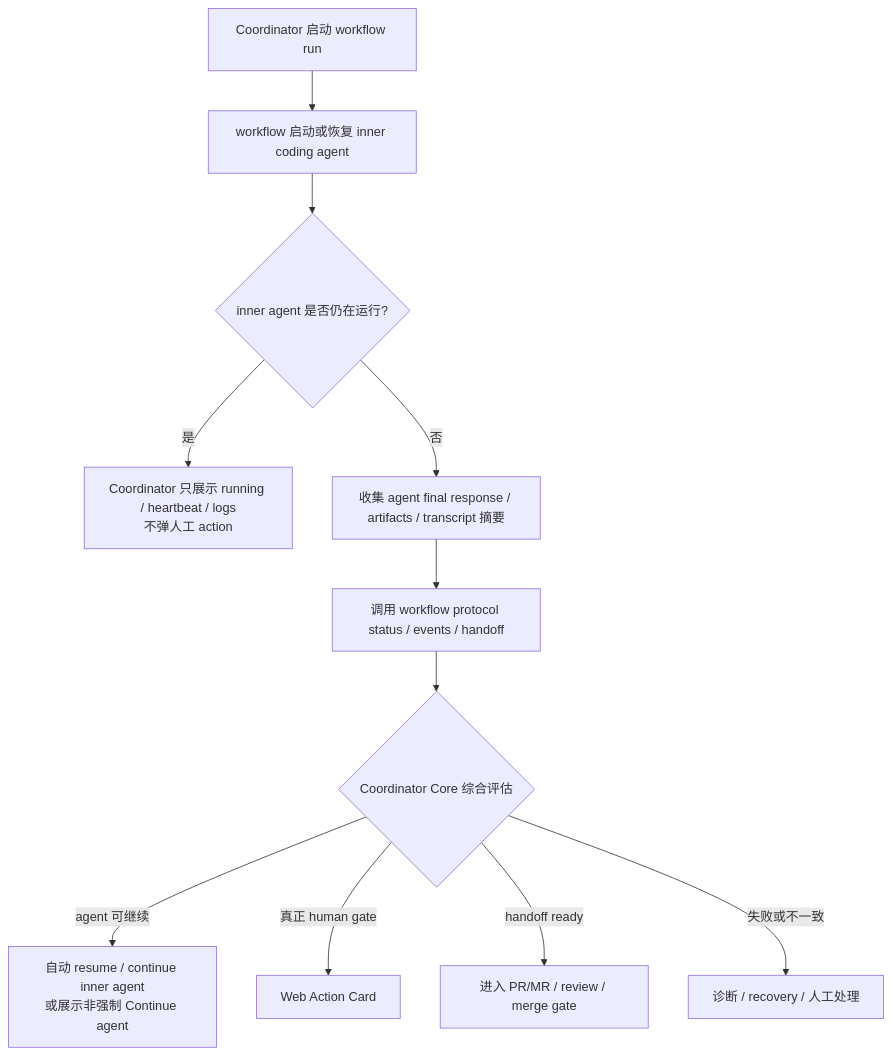
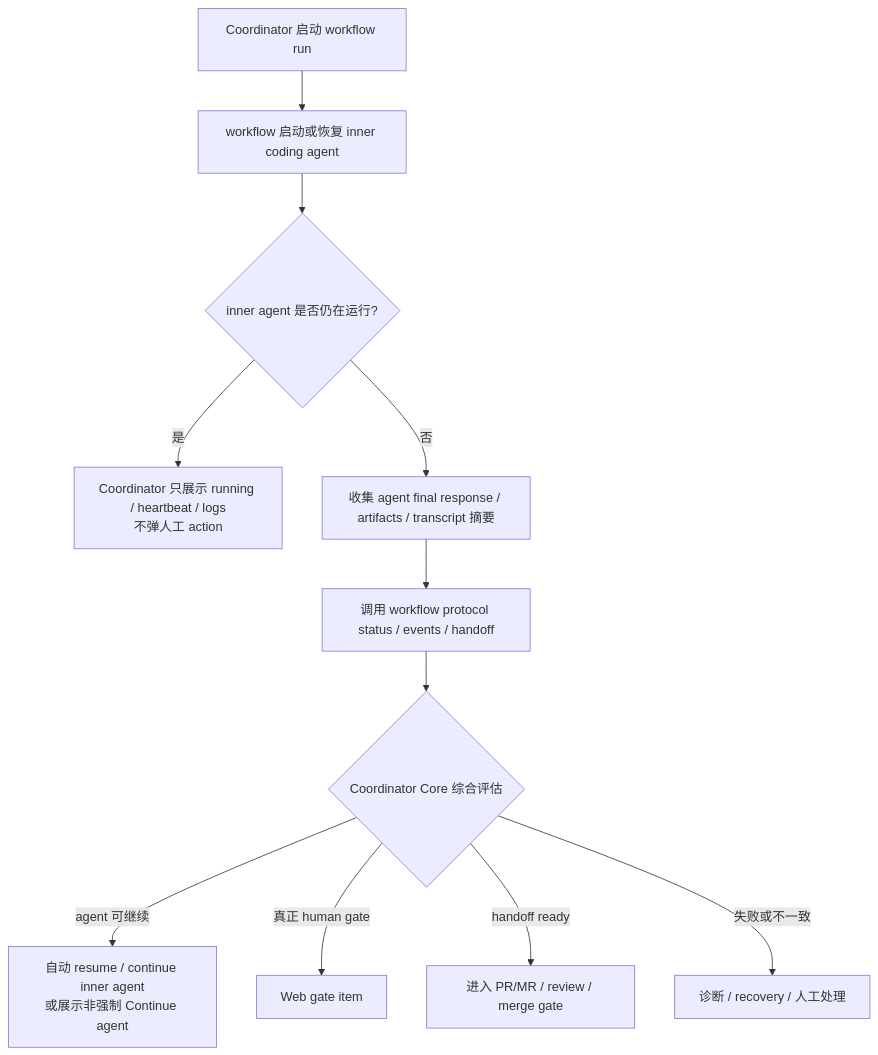
The third of 3 diagrams in docs/workflow-agent-lifecycle-handoff.md (tianyn1990/coordinator), drawn with Mermaid before and after one commit. The commit also changed other lines of this file and 20 other files, not shown here.

````diff
--- a/docs/workflow-agent-lifecycle-handoff.md
+++ b/docs/workflow-agent-lifecycle-handoff.md
@@ -125,13 +125,13 @@
 ```mermaid
 flowchart TD
   A["Coordinator 启动 workflow run"] --> B["workflow 启动或恢复 inner coding agent"]
   B --> C{"inner agent 是否仍在运行?"}
   C -->|是| D["Coordinator 只展示 running / heartbeat / logs<br/>不弹人工 action"]
   C -->|否| E["收集 agent final response / artifacts / transcript 摘要"]
   E --> F["调用 workflow protocol status / events / handoff"]
   F --> G{"Coordinator Core 综合评估"}
   G -->|agent 可继续| H["自动 resume / continue inner agent<br/>或展示非强制 Continue agent"]
-  G -->|真正 human gate| I["Web Action Card"]
+  G -->|真正 human gate| I["Web gate item"]
   G -->|handoff ready| J["进入 PR/MR / review / merge gate"]
   G -->|失败或不一致| K["诊断 / recovery / 人工处理"]
 ```
````
